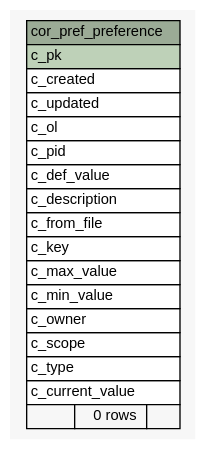
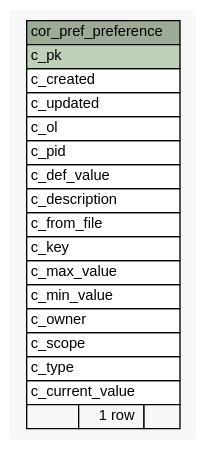
Before and after one commit to openwms/org.openwms.core.preferences.lib: the diagram in 1.0.0-SNAPSHOT/schemaspy/diagrams/summary/cor_pref_preference.1degree.dot, drawn with Graphviz. The commit also changed 174 other files, not shown here.

```diff
--- a/1.0.0-SNAPSHOT/schemaspy/diagrams/summary/cor_pref_preference.1degree.dot
+++ b/1.0.0-SNAPSHOT/schemaspy/diagrams/summary/cor_pref_preference.1degree.dot
@@ -1,44 +1,44 @@
-// dot 2.43.0 on Linux 5.4.0-1040-azure
+// dot 2.38.0 on Linux 4.15.0-1077-gcp
 // SchemaSpy rev Unknown
 digraph "cor_pref_preference" {
   graph [
     rankdir="RL"
     bgcolor="#f7f7f7"
     nodesep="0.18"
     ranksep="0.46"
     fontname="Helvetica"
     fontsize="11"
   ];
   node [
     fontname="Helvetica"
     fontsize="11"
     shape="plaintext"
   ];
   edge [
     arrowsize="0.8"
   ];
   "cor_pref_preference" [
     label=<
     <TABLE BORDER="0" CELLBORDER="1" CELLSPACING="0" BGCOLOR="#ffffff">
       <TR><TD COLSPAN="3" BGCOLOR="#9bab96" ALIGN="CENTER">cor_pref_preference</TD></TR>
       <TR><TD PORT="c_pk" COLSPAN="3" BGCOLOR="#bed1b8" ALIGN="LEFT">c_pk</TD></TR>
       <TR><TD PORT="c_created" COLSPAN="3" ALIGN="LEFT">c_created</TD></TR>
       <TR><TD PORT="c_updated" COLSPAN="3" ALIGN="LEFT">c_updated</TD></TR>
       <TR><TD PORT="c_ol" COLSPAN="3" ALIGN="LEFT">c_ol</TD></TR>
       <TR><TD PORT="c_pid" COLSPAN="3" ALIGN="LEFT">c_pid</TD></TR>
       <TR><TD PORT="c_def_value" COLSPAN="3" ALIGN="LEFT">c_def_value</TD></TR>
       <TR><TD PORT="c_description" COLSPAN="3" ALIGN="LEFT">c_description</TD></TR>
       <TR><TD PORT="c_from_file" COLSPAN="3" ALIGN="LEFT">c_from_file</TD></TR>
       <TR><TD PORT="c_key" COLSPAN="3" ALIGN="LEFT">c_key</TD></TR>
       <TR><TD PORT="c_max_value" COLSPAN="3" ALIGN="LEFT">c_max_value</TD></TR>
       <TR><TD PORT="c_min_value" COLSPAN="3" ALIGN="LEFT">c_min_value</TD></TR>
       <TR><TD PORT="c_owner" COLSPAN="3" ALIGN="LEFT">c_owner</TD></TR>
       <TR><TD PORT="c_scope" COLSPAN="3" ALIGN="LEFT">c_scope</TD></TR>
       <TR><TD PORT="c_type" COLSPAN="3" ALIGN="LEFT">c_type</TD></TR>
       <TR><TD PORT="c_current_value" COLSPAN="3" ALIGN="LEFT">c_current_value</TD></TR>
-      <TR><TD ALIGN="LEFT" BGCOLOR="#f7f7f7">  </TD><TD ALIGN="RIGHT" BGCOLOR="#f7f7f7">0 rows</TD><TD ALIGN="RIGHT" BGCOLOR="#f7f7f7">  </TD></TR>
+      <TR><TD ALIGN="LEFT" BGCOLOR="#f7f7f7">  </TD><TD ALIGN="RIGHT" BGCOLOR="#f7f7f7">1 row</TD><TD ALIGN="RIGHT" BGCOLOR="#f7f7f7">  </TD></TR>
     </TABLE>>
     URL="tables/cor_pref_preference.html"
     tooltip="cor_pref_preference"
   ];
 }
```
